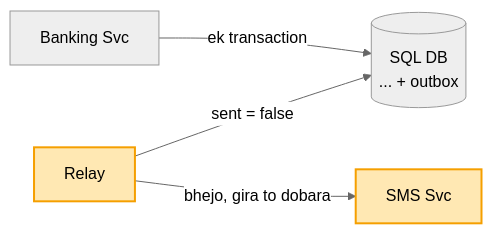
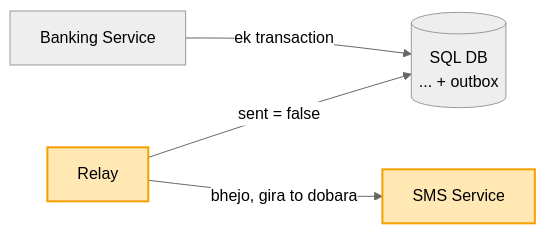
The sixth of 10 diagrams in 04_HLD/SYSTEM_DESIGNS/13_banking_system/13_banking_system.md (ArpanMaheshwari144/Prep), drawn with Mermaid (neutral theme) before and after one commit. The commit also changed other lines of this file and 8 other files, not shown here.

Commit message:
HLD: chhote shabd poore (Service, transaction, request), lambi lines todi

````diff
--- a/04_HLD/SYSTEM_DESIGNS/13_banking_system/13_banking_system.md
+++ b/04_HLD/SYSTEM_DESIGNS/13_banking_system/13_banking_system.md
@@ -238,8 +238,8 @@
 ```mermaid
 flowchart LR
-    S["Banking Svc"] -- "ek transaction" --> D[("SQL DB<br/>... + outbox")]
+    S["Banking Service"] -- "ek transaction" --> D[("SQL DB<br/>... + outbox")]
     RL["Relay"] -- "sent = false" --> D
-    RL -- "bhejo, gira to dobara" --> SMS["SMS Svc"]
+    RL -- "bhejo, gira to dobara" --> SMS["SMS Service"]
     style RL fill:#ffe8b3,stroke:#f59f00,stroke-width:2px,color:#000
     style SMS fill:#ffe8b3,stroke:#f59f00,stroke-width:2px,color:#000
 ```
````
